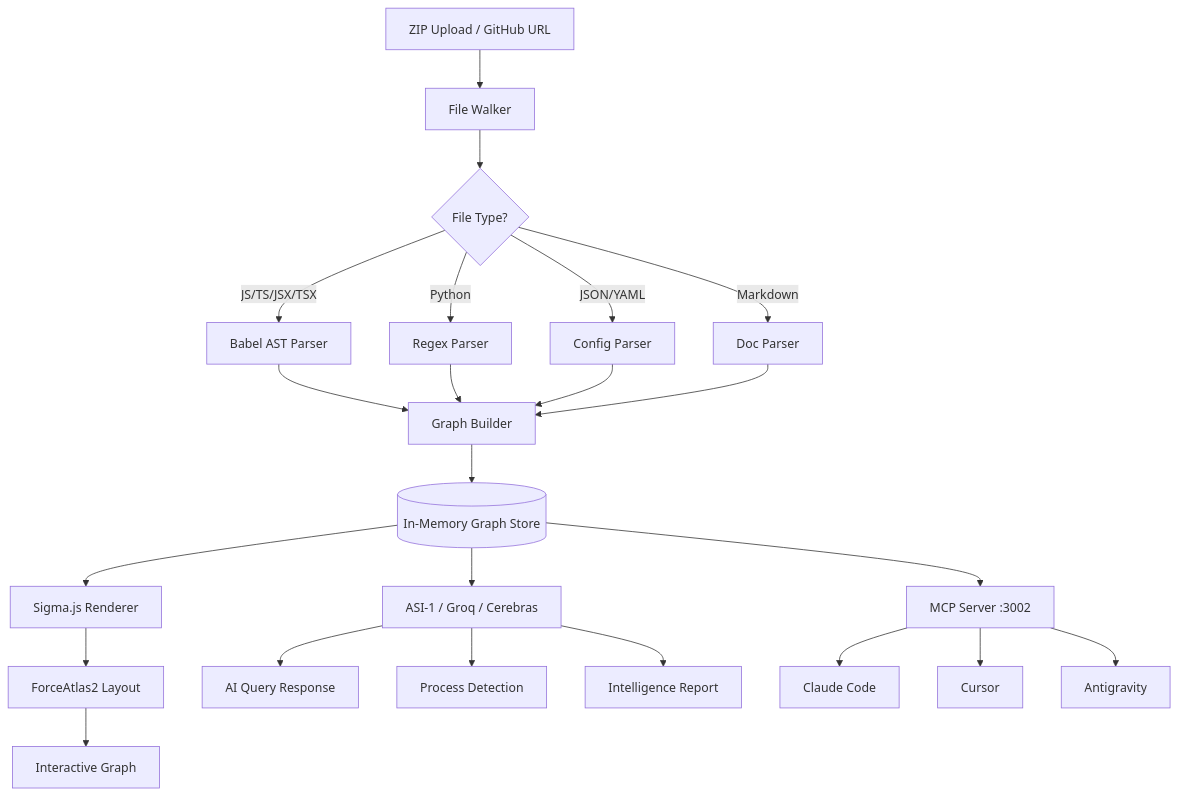
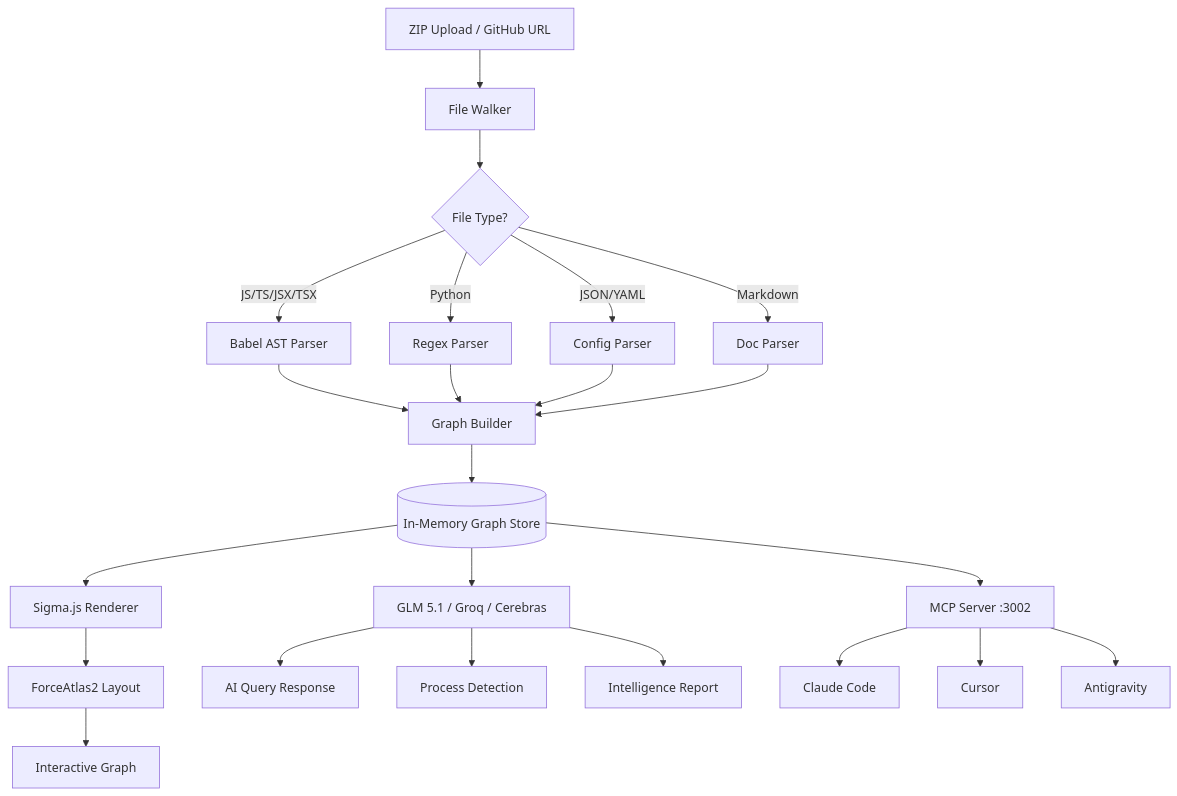
The first of 2 diagrams in README.md (LAZYGENIUS69/VECTRON), drawn with Mermaid before and after one commit. The commit also changed other lines of this file, not shown here.

Commit message:
docs: replace ASI-1 README references with GLM 5.1

````diff
--- a/README.md
+++ b/README.md
@@ -177,25 +177,25 @@
 ```mermaid
 flowchart TD
     A[ZIP Upload / GitHub URL] --> B[File Walker]
     B --> C{File Type?}
     C -->|JS/TS/JSX/TSX| D[Babel AST Parser]
     C -->|Python| E[Regex Parser]
     C -->|JSON/YAML| F[Config Parser]
     C -->|Markdown| G[Doc Parser]
     D --> H[Graph Builder]
     E --> H
     F --> H
     G --> H
     H --> I[(In-Memory Graph Store)]
     I --> J[Sigma.js Renderer]
-    I --> K[ASI-1 / Groq / Cerebras]
+    I --> K[GLM 5.1 / Groq / Cerebras]
     I --> L[MCP Server :3002]
     J --> M[ForceAtlas2 Layout]
     M --> N[Interactive Graph]
     K --> O[AI Query Response]
     K --> P[Process Detection]
     K --> Q[Intelligence Report]
     L --> R[Claude Code]
     L --> S[Cursor]
     L --> T[Antigravity]
 ```
````
